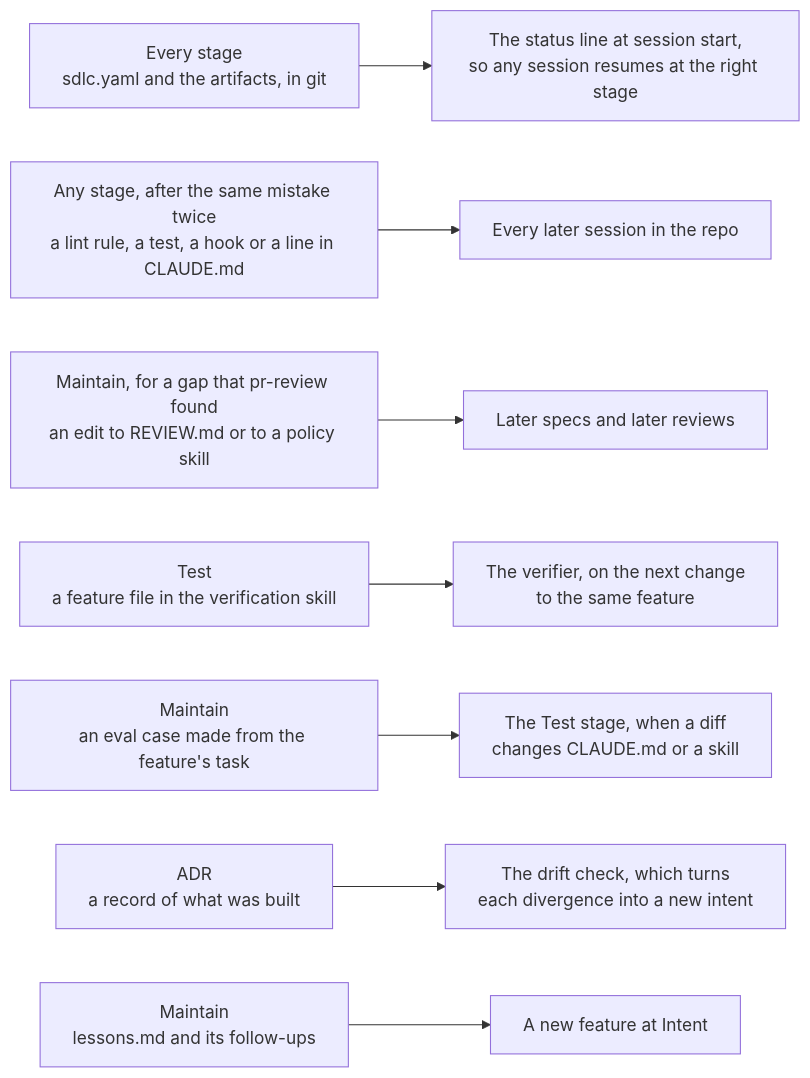
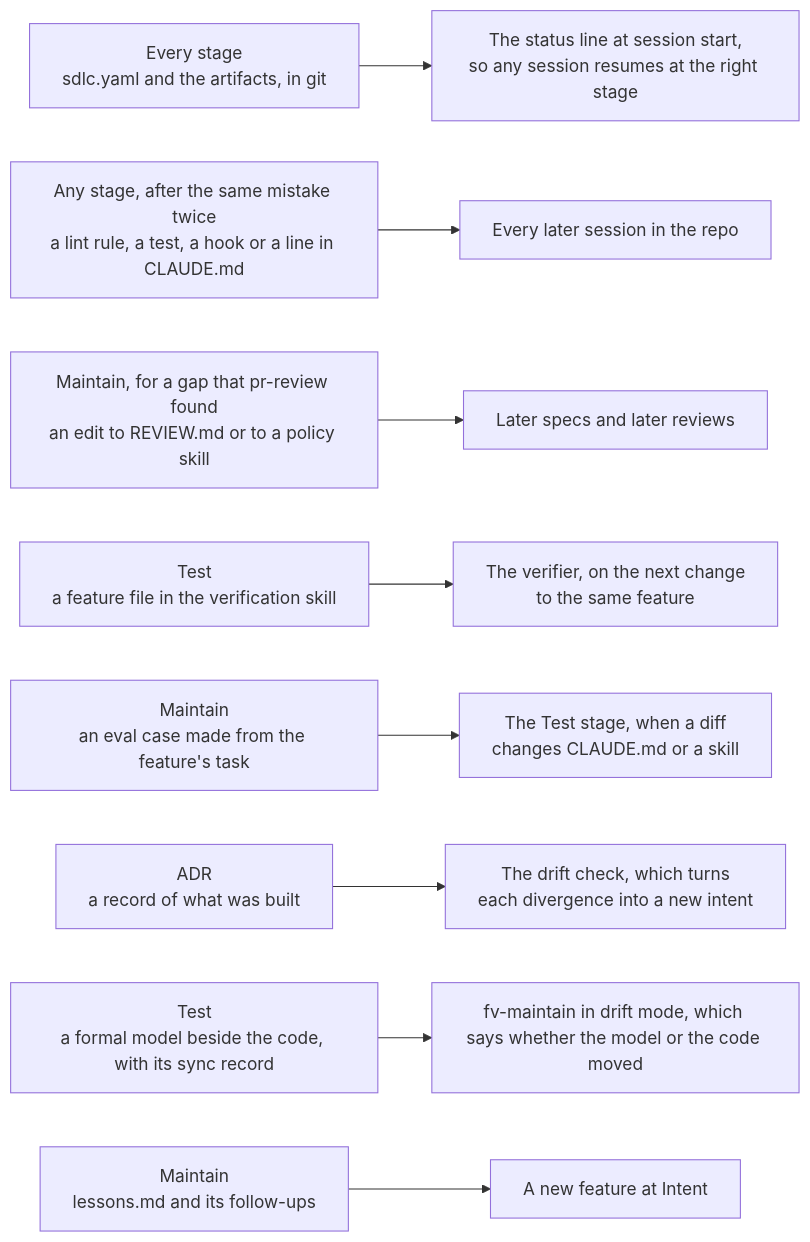
One commit to aasimsani/sdlc-toolkit changed the seventh of 8 diagrams in README.md. Above: the diagram before and after it, drawn with Mermaid. The commit also changed other lines of this file, not shown here.

First line of the commit message:
docs(core): show the formal checks in the README's tables and diagrams

````diff
--- a/README.md
+++ b/README.md
@@ -222,11 +252,12 @@
 ```mermaid
 %%{init: {"flowchart": {"wrappingWidth": 280}}}%%
 flowchart LR
     l1["Every stage<br/>sdlc.yaml and the artifacts, in git"] --> r1["The status line at session start,<br/>so any session resumes at the right stage"]
     l2["Any stage, after the same mistake twice<br/>a lint rule, a test, a hook or a line in CLAUDE.md"] --> r2["Every later session in the repo"]
     l3["Maintain, for a gap that pr-review found<br/>an edit to REVIEW.md or to a policy skill"] --> r3["Later specs and later reviews"]
     l4["Test<br/>a feature file in the verification skill"] --> r4["The verifier, on the next change<br/>to the same feature"]
     l5["Maintain<br/>an eval case made from the feature's task"] --> r5["The Test stage, when a diff<br/>changes CLAUDE.md or a skill"]
     l6["ADR<br/>a record of what was built"] --> r6["The drift check, which turns<br/>each divergence into a new intent"]
+    l8["Test<br/>a formal model beside the code, with its sync record"] --> r8["fv-maintain in drift mode, which says whether the model or the code moved"]
     l7["Maintain<br/>lessons.md and its follow-ups"] --> r7["A new feature at Intent"]
 ```
````
